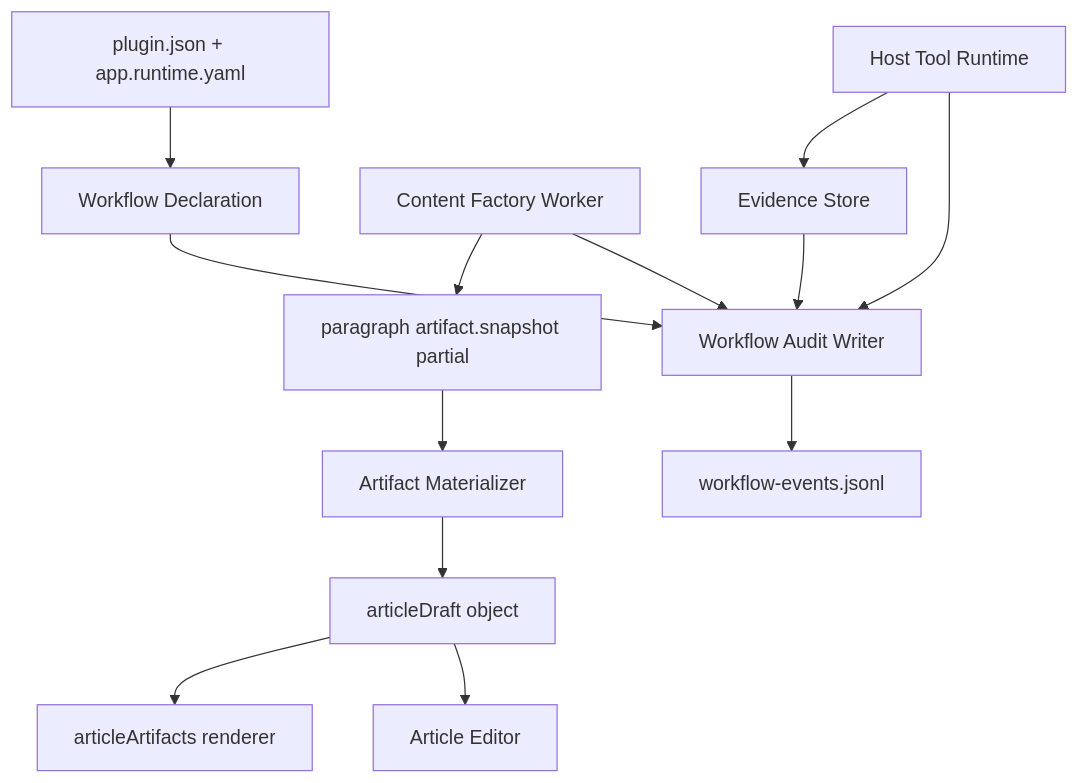
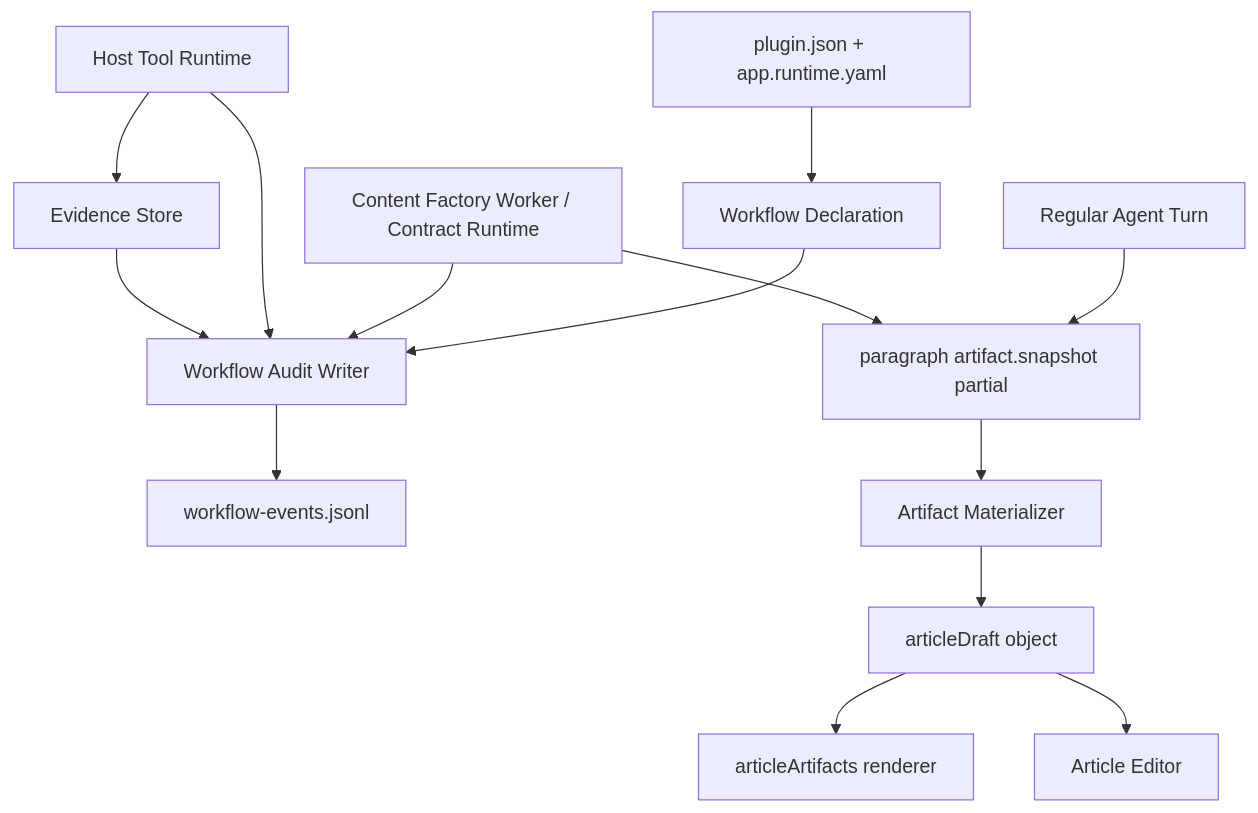
One commit to jiujuan/lime changed the third of 9 diagrams in internal/roadmap/Writing/v2/product-requirements.md. Above: the diagram before and after it, drawn with Mermaid. The commit also changed other lines of this file and 285 other files, not shown here.

````diff
--- a/internal/roadmap/Writing/v2/product-requirements.md
+++ b/internal/roadmap/Writing/v2/product-requirements.md
@@ -314,17 +328,18 @@
 ```mermaid
 flowchart TD
   Manifest[plugin.json + app.runtime.yaml] --> Declaration[Workflow Declaration]
   Declaration --> AuditWriter[Workflow Audit Writer]
   AuditWriter --> Jsonl[workflow-events.jsonl]
 
-  Worker[Content Factory Worker] --> Partial[paragraph artifact.snapshot partial]
+  Agent[Regular Agent Turn] --> Partial[paragraph artifact.snapshot partial]
+  Worker[Content Factory Worker / Contract Runtime] --> Partial
   Worker --> AuditWriter
   ToolRuntime[Host Tool Runtime] --> EvidenceStore[Evidence Store]
   ToolRuntime --> AuditWriter
   EvidenceStore --> AuditWriter
   Partial --> ArtifactMaterializer[Artifact Materializer]
 
   ArtifactMaterializer --> ArticleDraft[articleDraft object]
   ArticleDraft --> ArtifactFrame[articleArtifacts renderer]
   ArticleDraft --> ArticleEditor[Article Editor]
 ```
````
